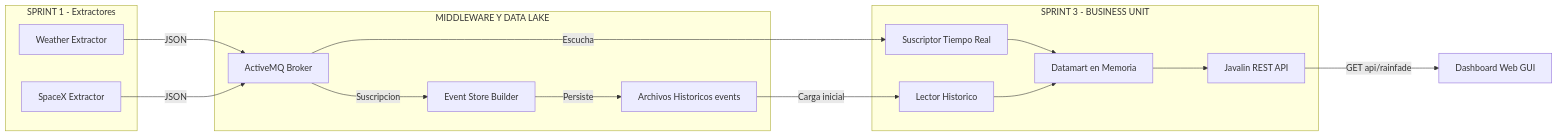
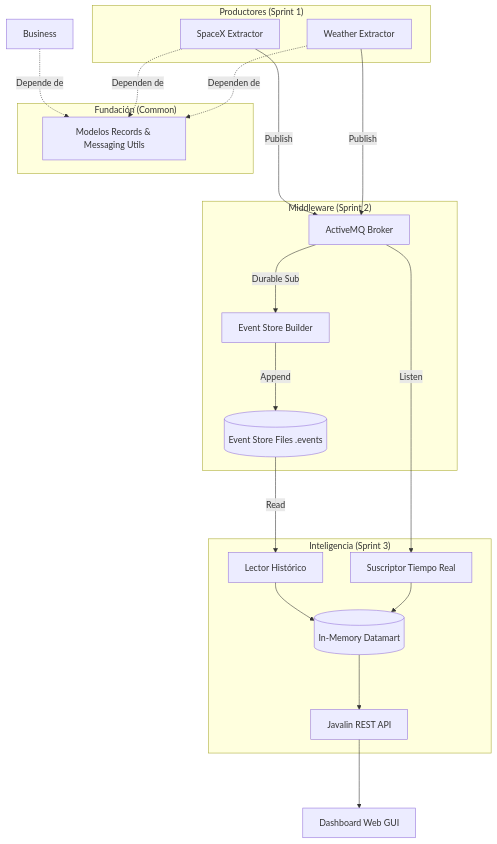
The diagram in README.md (OmeletCode/dacd-data-app), drawn with Mermaid before and after one commit. The commit also changed other lines of this file, not shown here.

Commit message:
feat: final version readME

````diff
--- a/README.md
+++ b/README.md
@@ -33,38 +37,39 @@
 ```mermaid
-graph LR    
-    subgraph S1 [SPRINT 1 - Extractores]
+graph TD
+    subgraph "Fundación (Common)"
+        CM[Modelos Records & Messaging Utils]
+    end
+
+    subgraph "Productores (Sprint 1)"
         WE[Weather Extractor]
         SE[SpaceX Extractor]
     end
 
-    subgraph S2 [MIDDLEWARE Y DATA LAKE]
+    subgraph "Middleware (Sprint 2)"
         B[ActiveMQ Broker]
         ES[Event Store Builder]
-        HD[Archivos Historicos events]
+        HD[(Event Store Files .events)]
     end
 
-    subgraph S3 [SPRINT 3 - BUSINESS UNIT]
+    subgraph "Inteligencia (Sprint 3)"
         AS[Suscriptor Tiempo Real]
-        ER[Lector Historico]
-        DM[Datamart en Memoria]
+        ER[Lector Histórico]
+        DM[(In-Memory Datamart)]
         API[Javalin REST API]
     end
 
-    CLI[Dashboard Web GUI]
+    GUI[Dashboard Web GUI]
 
-    WE --->|JSON| B
-    SE --->|JSON| B
+    WE & SE -.->|Dependen de| CM
+    Business -.->|Depende de| CM
 
-    B --->|Suscripcion| ES
-    ES --->|Persiste| HD
-
-    B --->|Escucha| AS
-    HD --->|Carga inicial| ER
-
-    AS --> DM
-    ER --> DM
-
+    WE --->|Publish| B
+    SE --->|Publish| B
+    B --->|Durable Sub| ES
+    ES --->|Append| HD
+    B --->|Listen| AS
+    HD --->|Read| ER
+    AS & ER --> DM
     DM ---> API
-    API --->|GET api/rainfade| CLI
-
+    API ---> GUI
 ```
````
